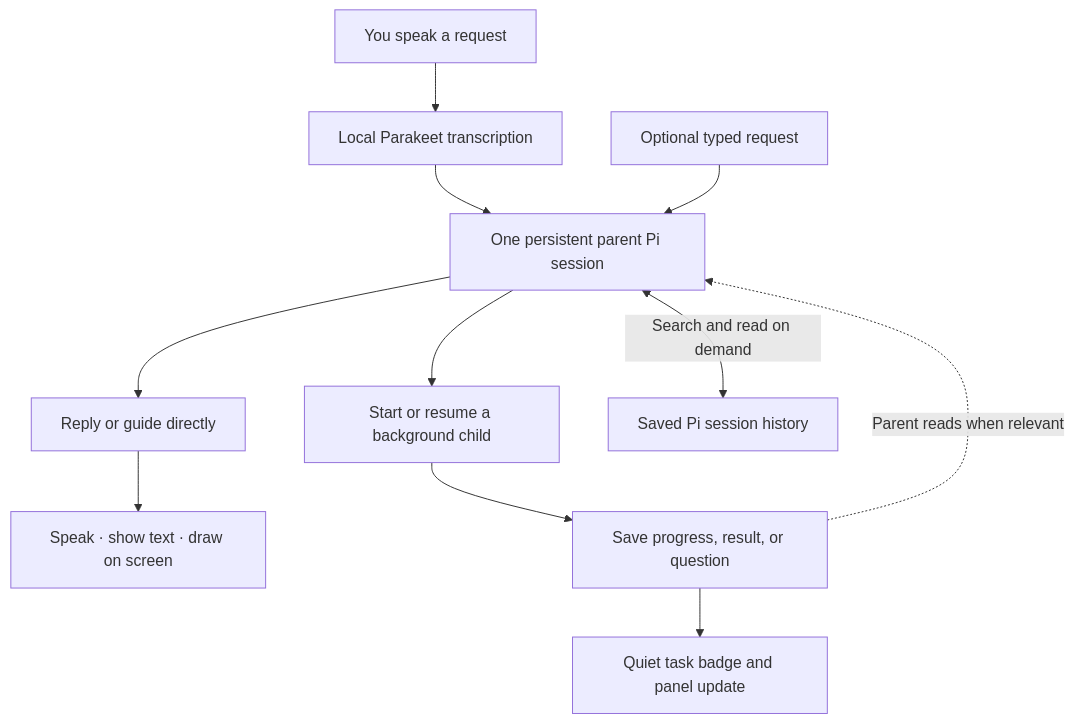
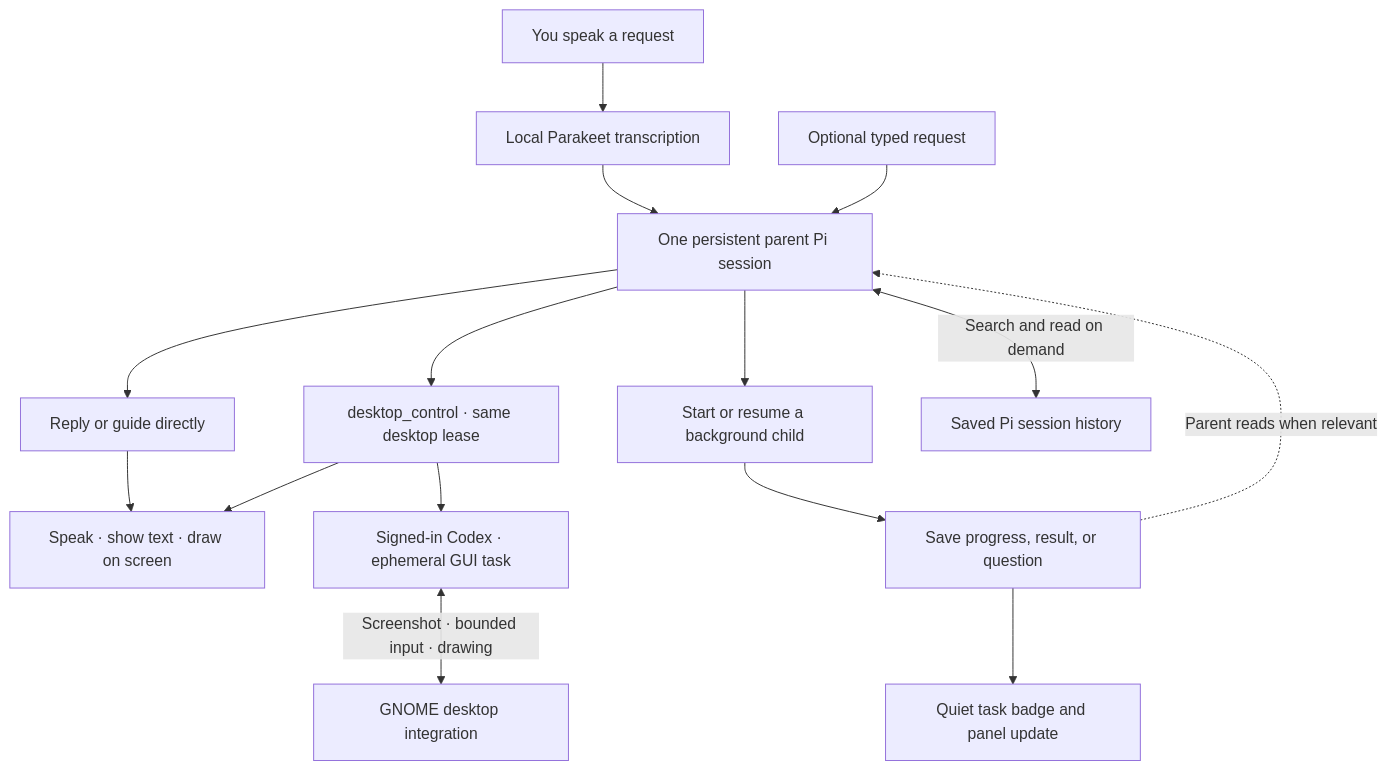
One commit to MayankBansal12/friday changed the diagram in docs/request-flow.md. Above: the diagram before and after it, drawn with Mermaid. The commit also changed other lines of this file and 33 other files, not shown here.

First line of the commit message:
Add Codex desktop control with native input and drawing support (#2)

````diff
--- a/docs/request-flow.md
+++ b/docs/request-flow.md
@@ -5,13 +5,17 @@
 ```mermaid
 flowchart TD
     userRequest["You speak a request"] --> localStt["Local Parakeet transcription"]
     localStt --> parentSession["One persistent parent Pi session"]
     typedRequest["Optional typed request"] --> parentSession
     parentSession --> directReply["Reply or guide directly"]
     directReply --> presentation["Speak · show text · draw on screen"]
+    parentSession --> control["desktop_control · same desktop lease"]
+    control --> codex["Signed-in Codex · ephemeral GUI task"]
+    codex <-->|"Screenshot · bounded input · drawing"| native["GNOME desktop integration"]
+    control --> presentation
     parentSession --> backgroundChild["Start or resume a background child"]
     backgroundChild --> savedResult["Save progress, result, or question"]
     savedResult --> taskBadge["Quiet task badge and panel update"]
     savedResult -. "Parent reads when relevant" .-> parentSession
     parentSession <-->|"Search and read on demand"| historyStore["Saved Pi session history"]
 ```
````
